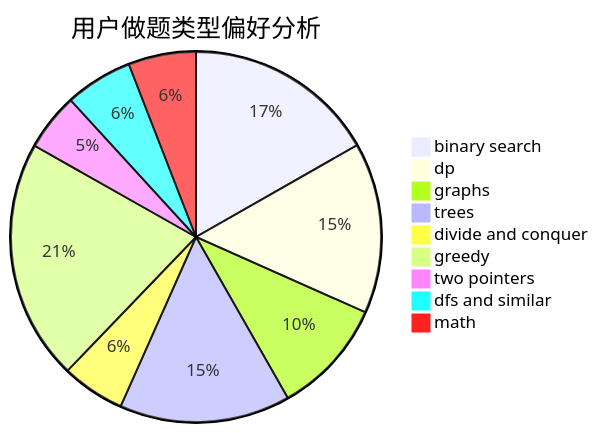
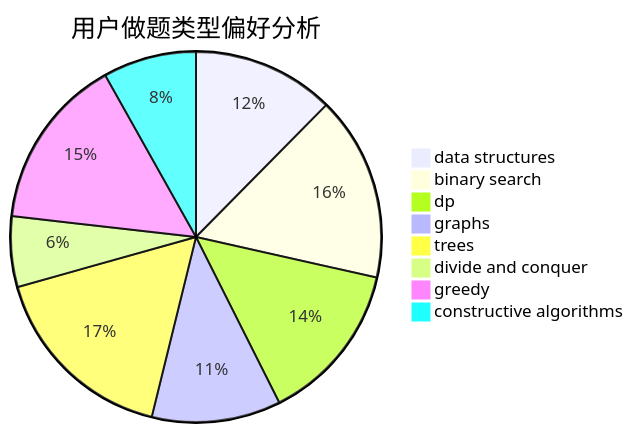
Before and after one commit to sherpahu/cfrs.github.io: the second of 3 diagrams in docs/user/u43.md, drawn with Mermaid. The commit also changed other lines of this file and 2775 other files, not shown here.

````diff
--- a/docs/user/u43.md
+++ b/docs/user/u43.md
@@ -23,12 +23,11 @@
 ```mermaid
 pie title 用户做题类型偏好分析
-    "binary search" :  264
-    "dp" :  235
-    "graphs" :  159
-    "trees" :  235
-    "divide and conquer" :  87
-    "greedy" :  331
-    "two pointers" :  79
-    "dfs and similar" :  93
-    "math" :  93
+    "data structures" :  163
+    "binary search" :  212
+    "dp" :  185
+    "graphs" :  148
+    "trees" :  221
+    "divide and conquer" :  81
+    "greedy" :  198
+    "constructive algorithms" :  107
 ```
````
